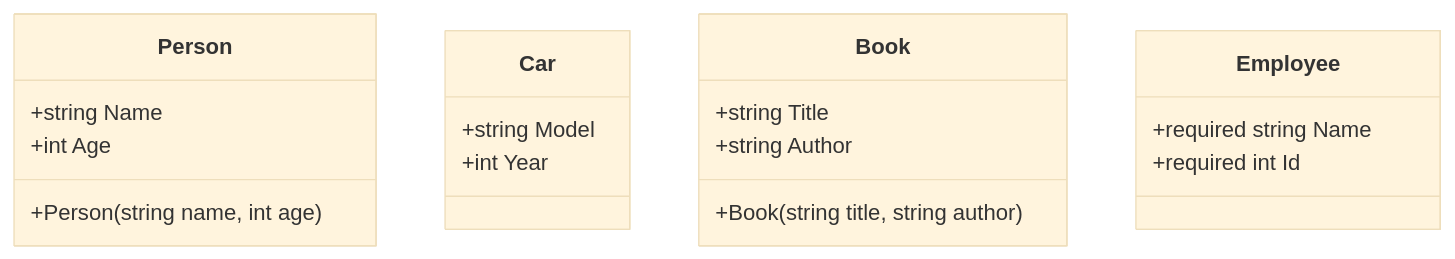
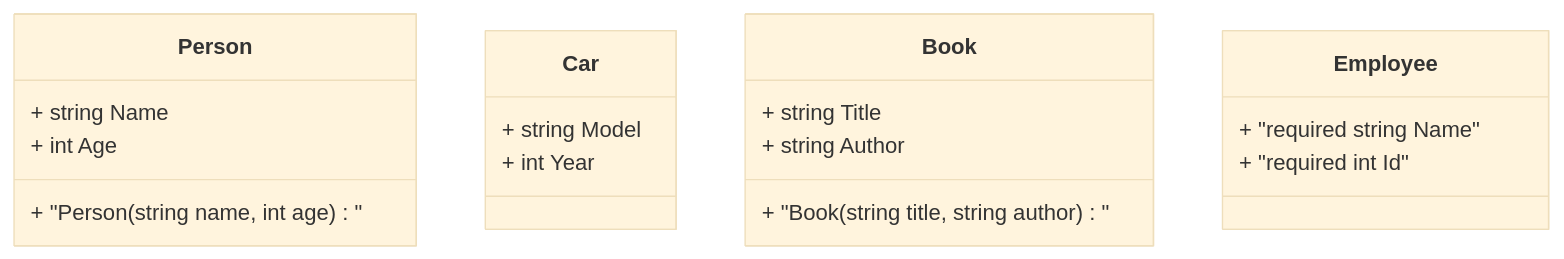
The fifth of 14 diagrams in content/post/2024/2024-10-15-csharp-class/index.md (42jerrykim/42jerrykim.github.io), drawn with Mermaid (base theme) before and after one commit. The commit also changed other lines of this file and 239 other files, not shown here.

````diff
--- a/content/post/2024/2024-10-15-csharp-class/index.md
+++ b/content/post/2024/2024-10-15-csharp-class/index.md
@@ -498,21 +423,21 @@
 ```mermaid
 classDiagram
     class Person {
-        +string Name
-        +int Age
-        +Person(string name, int age)
+        + string Name
+        + int Age
+        + "Person(string name, int age)"
     }
     class Car {
-        +string Model
-        +int Year
+        + string Model
+        + int Year
     }
     class Book {
-        +string Title
-        +string Author
-        +Book(string title, string author)
+        + string Title
+        + string Author
+        + "Book(string title, string author)"
     }
     class Employee {
-        +required string Name
-        +required int Id
+        + "required string Name"
+        + "required int Id"
     }
 ```
````
